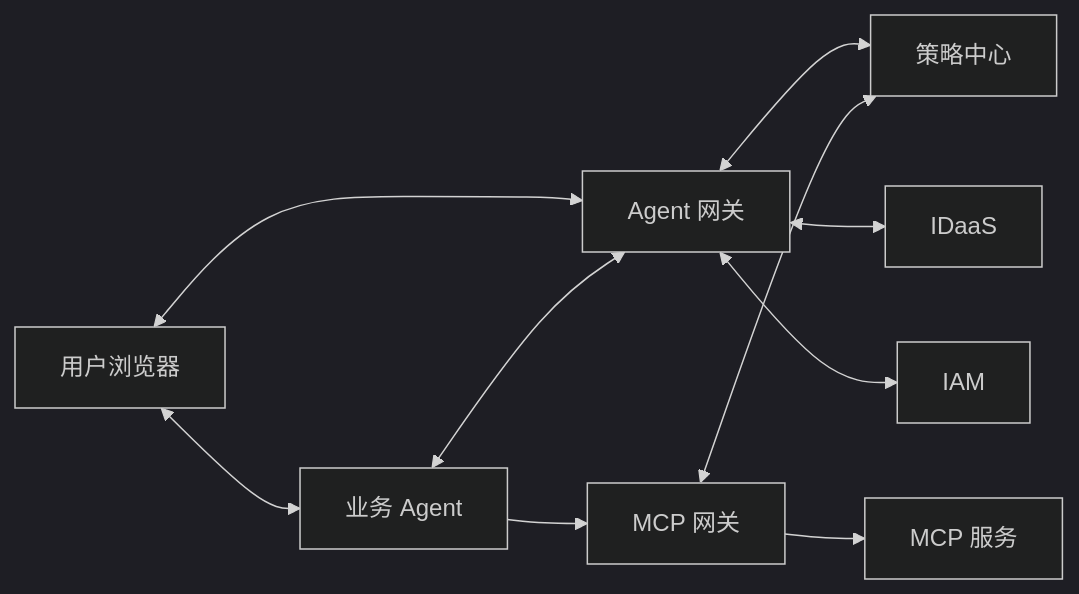
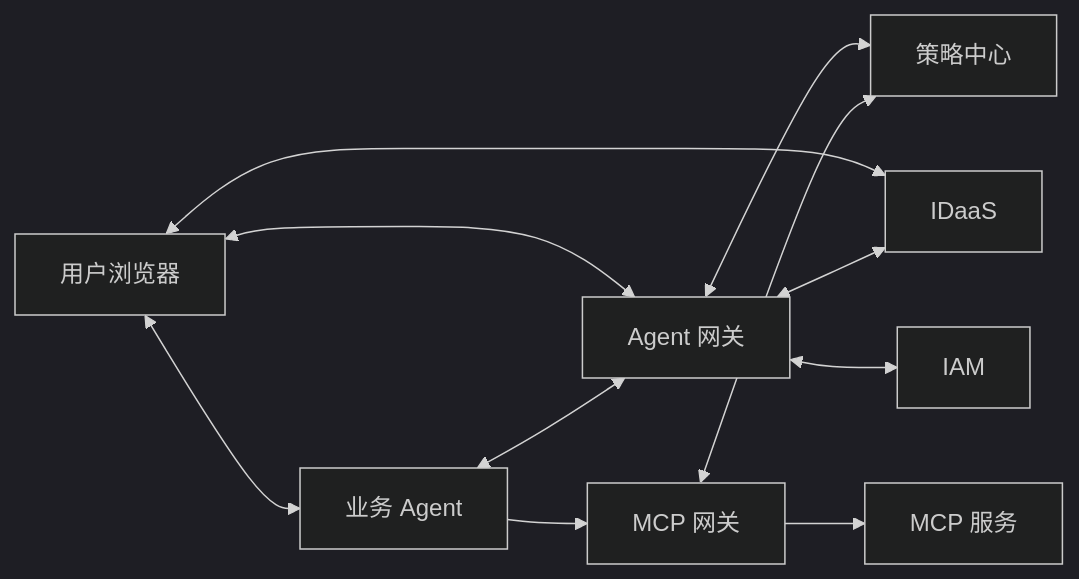
One commit to xuning117634-ux/auth-design-spec changed the diagram in docs/final_design/quick_read/01_方案总览.md. Above: the diagram before and after it, drawn with Mermaid (dark theme). The commit also changed other lines of this file and 31 other files, not shown here.

````diff
--- a/docs/final_design/quick_read/01_方案总览.md
+++ b/docs/final_design/quick_read/01_方案总览.md
@@ -14,21 +15,22 @@
 ```mermaid
 flowchart LR
     U["用户浏览器"]
     A["业务 Agent"]
     GW["Agent 网关"]
     PC["策略中心"]
     I["IDaaS"]
     IAM["IAM"]
     R["MCP 网关"]
     S["MCP 服务"]
 
     U <--> A
     U <--> GW
+    U <--> I
     A <--> GW
     GW <--> PC
     GW <--> I
     GW <--> IAM
     A --> R
     R <--> PC
     R --> S
 ```
````
